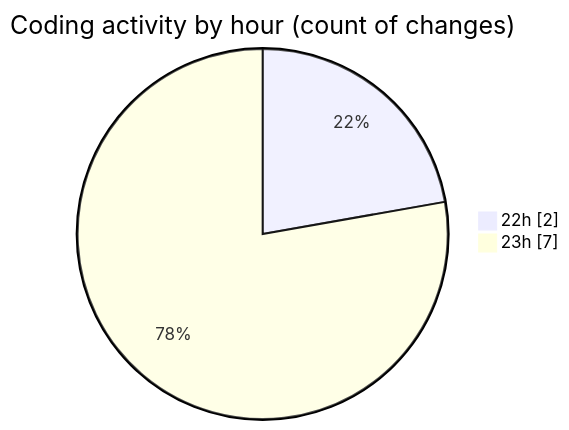
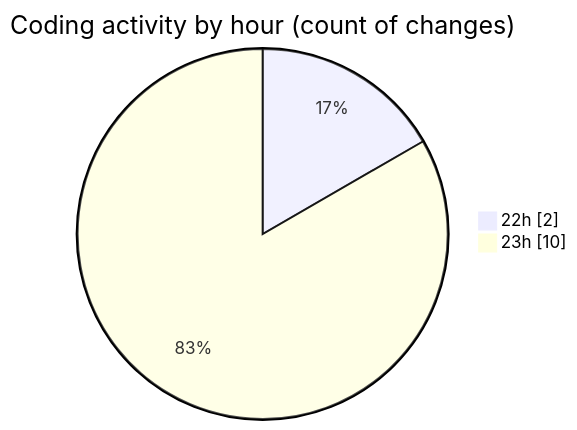
One commit to hasnaa123/code-tracking changed the second of 2 diagrams in 2025-12-15/technologie_web/README.md. Above: the diagram before and after it, drawn with Mermaid. The commit also changed other lines of this file and 1 other file, not shown here.

````diff
--- a/2025-12-15/technologie_web/README.md
+++ b/2025-12-15/technologie_web/README.md
@@ -30,6 +31,6 @@
 ```mermaid
 pie showData
 title Coding activity by hour (count of changes)
 "22h" : 2
-"23h" : 7
+"23h" : 10
 ```
````
